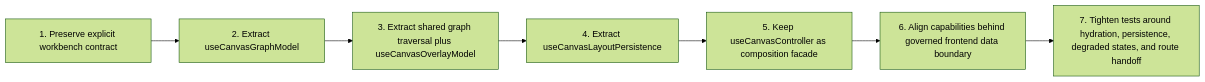
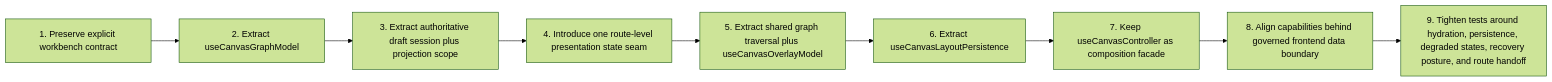
The sixth of 6 diagrams in docs/architecture/components/web/graph/canvas-component-map-and-modernization-review.md (dunay2/dvt), drawn with Mermaid (forest theme) before and after one commit. The commit also changed other lines of this file and 2 other files, not shown here.

Commit message:
docs(docs): Canonicalize route bootstrap publisher lifecycle

````diff
--- a/docs/architecture/components/web/graph/canvas-component-map-and-modernization-review.md
+++ b/docs/architecture/components/web/graph/canvas-component-map-and-modernization-review.md
@@ -248,9 +508,11 @@
 ```mermaid
 flowchart LR
   A["1. Preserve explicit workbench contract"] --> B["2. Extract useCanvasGraphModel"]
-  B --> C["3. Extract shared graph traversal plus useCanvasOverlayModel"]
-  C --> D["4. Extract useCanvasLayoutPersistence"]
-  D --> E["5. Keep useCanvasController as composition facade"]
-  E --> F["6. Align capabilities behind governed frontend data boundary"]
-  F --> G["7. Tighten tests around hydration, persistence, degraded states, and route handoff"]
+  B --> C["3. Extract authoritative draft session plus projection scope"]
+  C --> D["4. Introduce one route-level presentation state seam"]
+  D --> E["5. Extract shared graph traversal plus useCanvasOverlayModel"]
+  E --> F["6. Extract useCanvasLayoutPersistence"]
+  F --> G["7. Keep useCanvasController as composition facade"]
+  G --> H["8. Align capabilities behind governed frontend data boundary"]
+  H --> I["9. Tighten tests around hydration, persistence, degraded states, recovery posture, and route handoff"]
 ```
````
